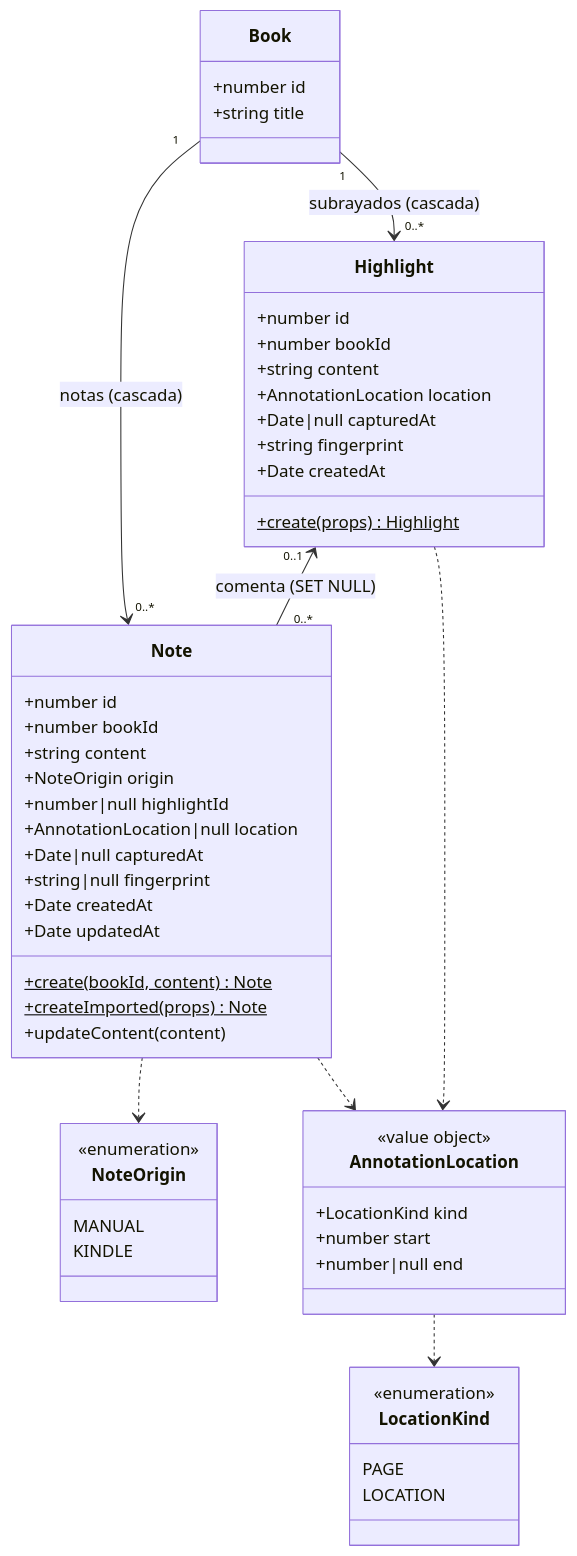
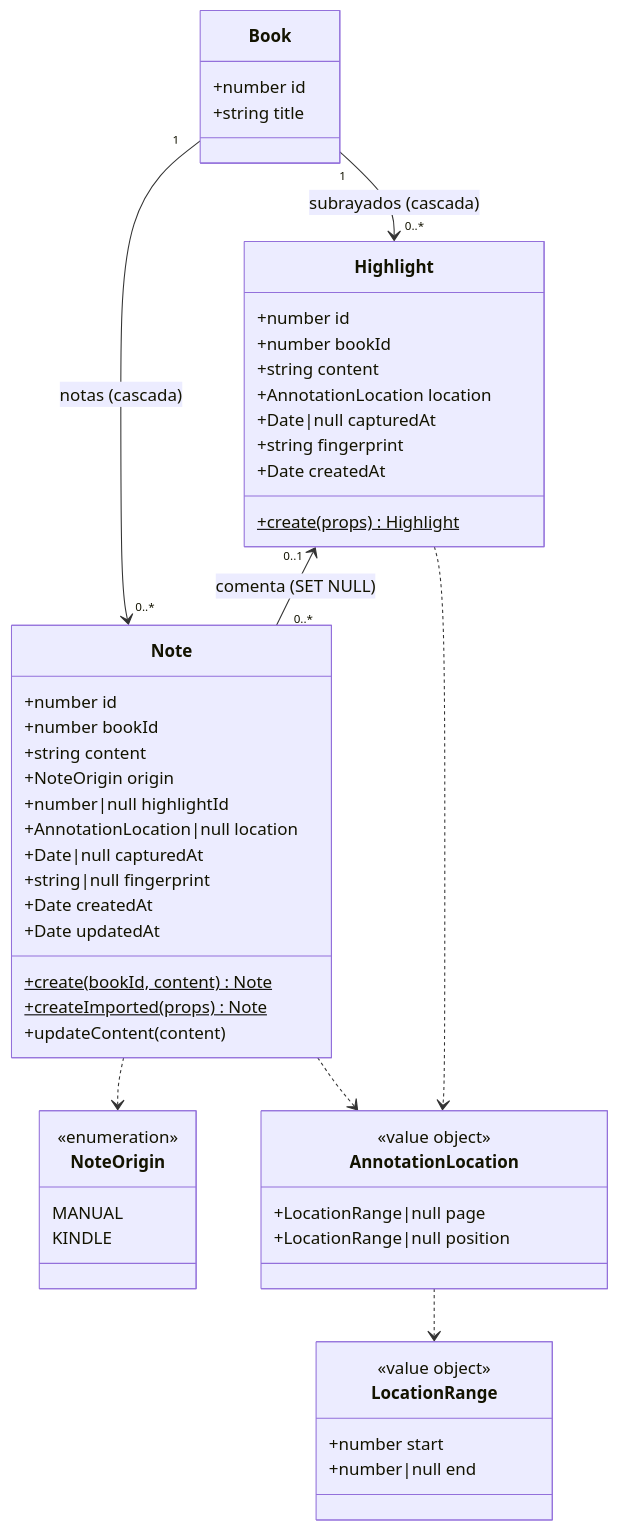
Before and after one commit to tomyleca/booklog: the first of 3 diagrams in docs/guides/annotations-model.md, drawn with Mermaid. The commit also changed other lines of this file and 54 other files, not shown here.

````diff
--- a/docs/guides/annotations-model.md
+++ b/docs/guides/annotations-model.md
@@ -22,61 +22,60 @@
 ```mermaid
 classDiagram
     class Book {
         +number id
         +string title
     }
 
     class Note {
         +number id
         +number bookId
         +string content
         +NoteOrigin origin
         +number|null highlightId
         +AnnotationLocation|null location
         +Date|null capturedAt
         +string|null fingerprint
         +Date createdAt
         +Date updatedAt
         +create(bookId, content) Note$
         +createImported(props) Note$
         +updateContent(content)
     }
 
     class Highlight {
         +number id
         +number bookId
         +string content
         +AnnotationLocation location
         +Date|null capturedAt
         +string fingerprint
         +Date createdAt
         +create(props) Highlight$
     }
 
     class AnnotationLocation {
         <<value object>>
-        +LocationKind kind
+        +LocationRange|null page
+        +LocationRange|null position
+    }
+
+    class LocationRange {
+        <<value object>>
         +number start
         +number|null end
     }
 
     class NoteOrigin {
         <<enumeration>>
         MANUAL
         KINDLE
     }
 
-    class LocationKind {
-        <<enumeration>>
-        PAGE
-        LOCATION
-    }
-
     Book "1" --> "0..*" Note : notas (cascada)
     Book "1" --> "0..*" Highlight : subrayados (cascada)
     Highlight "0..1" <-- "0..*" Note : comenta (SET NULL)
     Note ..> NoteOrigin
     Note ..> AnnotationLocation
     Highlight ..> AnnotationLocation
-    AnnotationLocation ..> LocationKind
+    AnnotationLocation ..> LocationRange
 ```
````
